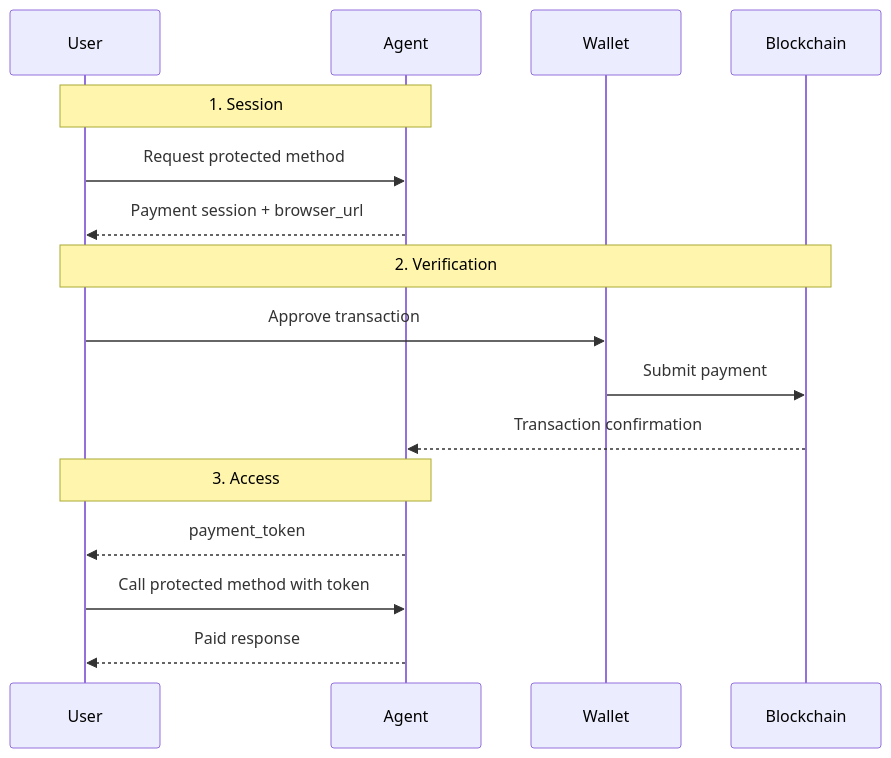
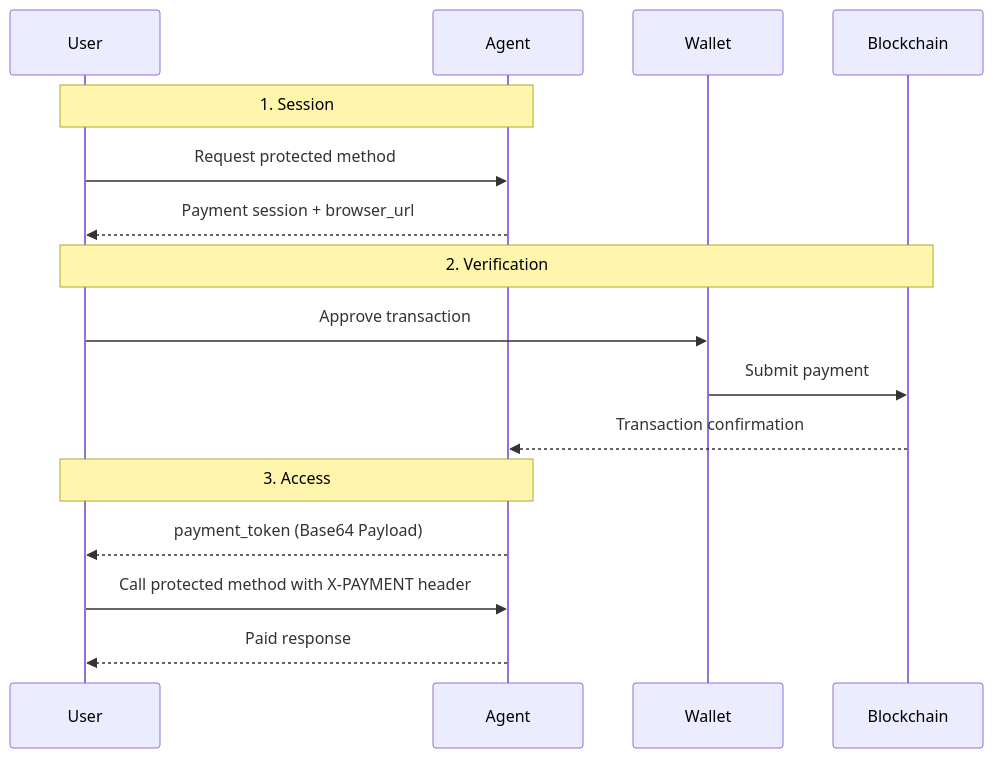
One commit to Paraschamoli/docs changed the diagram in bindu/learn/payment/introduction.mdx. Above: the diagram before and after it, drawn with Mermaid. The commit also changed other lines of this file and 16 other files, not shown here.

````diff
--- a/bindu/learn/payment/introduction.mdx
+++ b/bindu/learn/payment/introduction.mdx
@@ -67,21 +61,21 @@
 ```mermaid
 sequenceDiagram
     participant User
     participant Agent
     participant Wallet
     participant Blockchain
 
     Note over User,Agent: 1. Session
     User->>Agent: Request protected method
     Agent-->>User: Payment session + browser_url
 
     Note over User,Blockchain: 2. Verification
     User->>Wallet: Approve transaction
     Wallet->>Blockchain: Submit payment
     Blockchain-->>Agent: Transaction confirmation
 
     Note over User,Agent: 3. Access
-    Agent-->>User: payment_token
-    User->>Agent: Call protected method with token
+    Agent-->>User: payment_token (Base64 Payload)
+    User->>Agent: Call protected method with X-PAYMENT header
     Agent-->>User: Paid response
 ```
````
